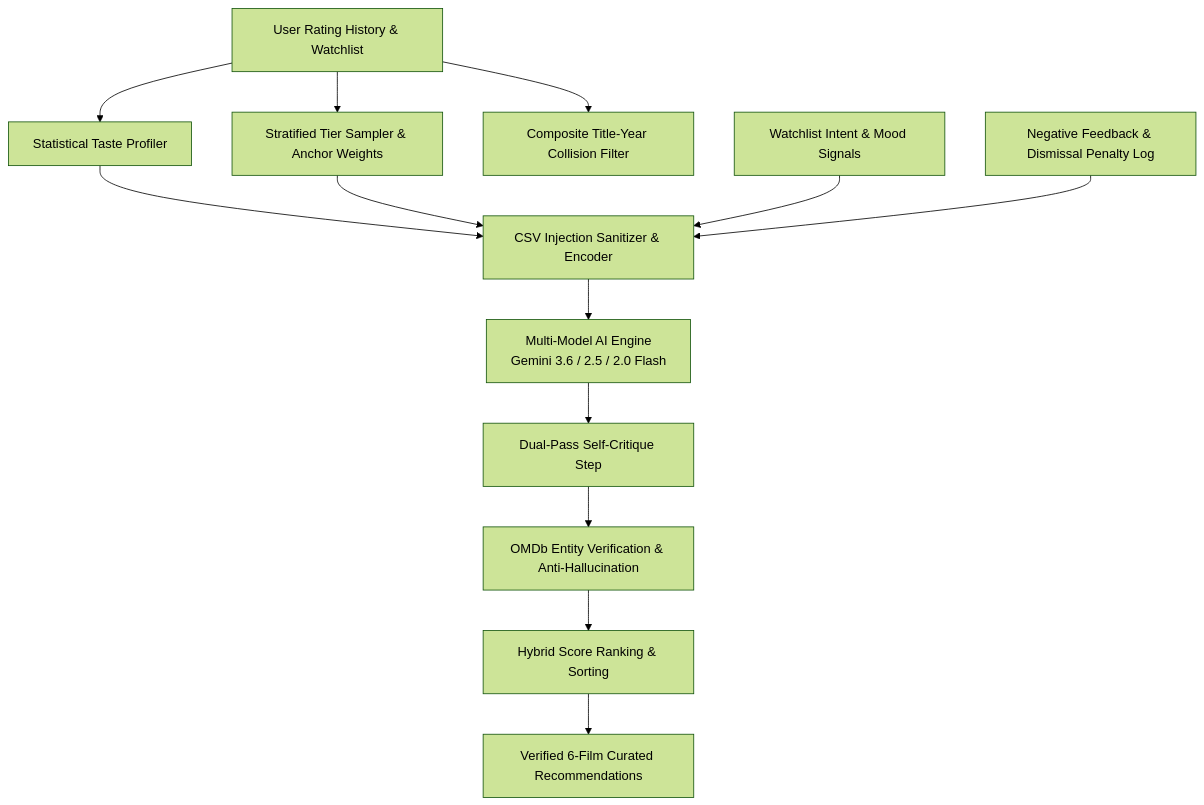
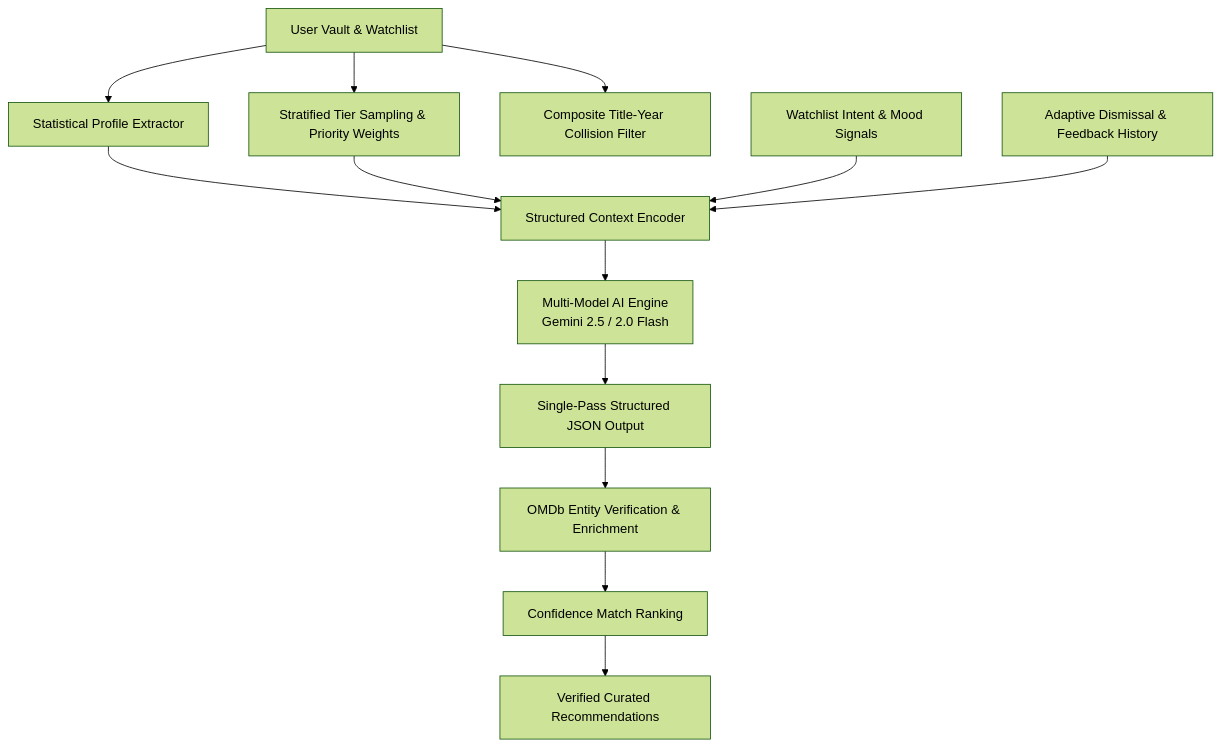
Before and after one commit to khuzaima175/React-Movie-Original: the diagram in README.md, drawn with Mermaid (forest theme). The commit also changed other lines of this file and 23 other files, not shown here.

````diff
--- a/README.md
+++ b/README.md
@@ -37,15 +35,15 @@
 ```mermaid
 graph TD
-    A[User Rating History & Watchlist] --> B[Statistical Taste Profiler]
-    A --> C[Stratified Tier Sampler & Anchor Weights]
+    A[User Vault & Watchlist] --> B[Statistical Profile Extractor]
+    A --> C[Stratified Tier Sampling & Priority Weights]
     A --> D[Composite Title-Year Collision Filter]
-    B --> E[CSV Injection Sanitizer & Encoder]
+    B --> E[Structured Context Encoder]
     C --> E
     F[Watchlist Intent & Mood Signals] --> E
-    G[Negative Feedback & Dismissal Penalty Log] --> E
-    E --> H[Multi-Model AI Engine\nGemini 3.6 / 2.5 / 2.0 Flash]
-    H --> I[Dual-Pass Self-Critique Step]
-    I --> J[OMDb Entity Verification & Anti-Hallucination]
-    J --> K[Hybrid Score Ranking & Sorting]
-    K --> L[Verified 6-Film Curated Recommendations]
+    G[Adaptive Dismissal & Feedback History] --> E
+    E --> H[Multi-Model AI Engine\nGemini 2.5 / 2.0 Flash]
+    H --> I[Single-Pass Structured JSON Output]
+    I --> J[OMDb Entity Verification & Enrichment]
+    J --> K[Confidence Match Ranking]
+    K --> L[Verified Curated Recommendations]
 ```
````
